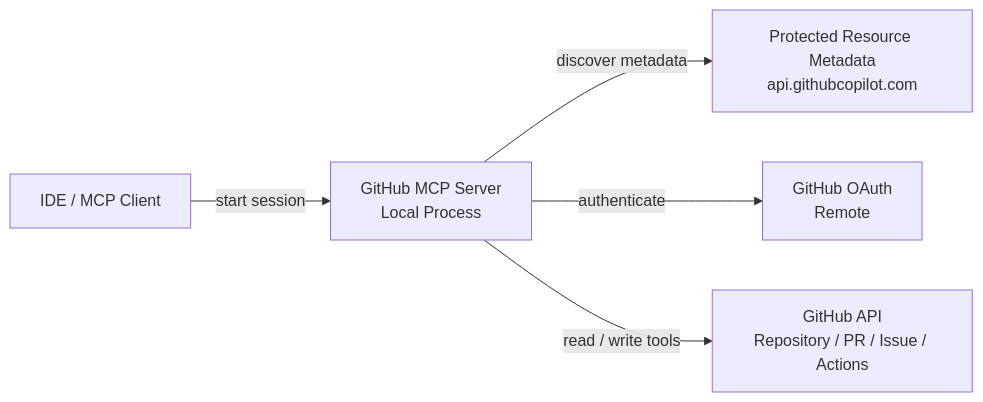
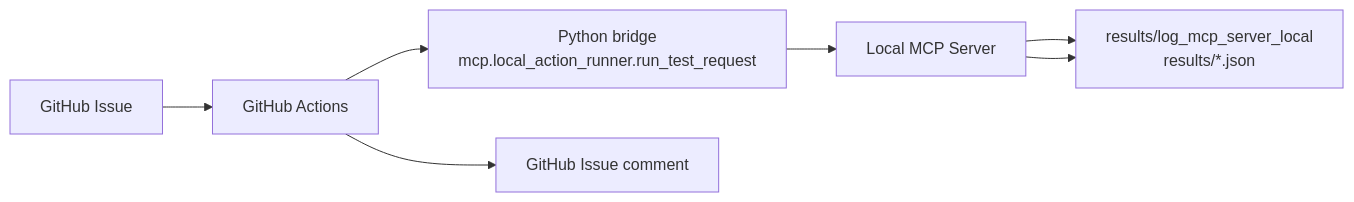
The diagram in docs/mcp/mcp_server_github.md (JeonghunLee/local-ai-agent-mcp), drawn with Mermaid before and after one commit. The commit also changed other lines of this file and 1 other file, not shown here.

````diff
--- a/docs/mcp/mcp_server_github.md
+++ b/docs/mcp/mcp_server_github.md
@@ -89,13 +47,9 @@
 ```mermaid
 flowchart LR
-    Client["IDE / MCP Client"]
-    Server["GitHub MCP Server\nLocal Process"]
-    OAuth["GitHub OAuth\nRemote"]
-    Meta["Protected Resource Metadata\napi.githubcopilot.com"]
-    API["GitHub API\nRepository / PR / Issue / Actions"]
-
-    Client -->|start session| Server
-    Server -->|discover metadata| Meta
-    Server -->|authenticate| OAuth
-    Server -->|read / write tools| API
+    A["GitHub Issue"] --> B["GitHub Actions"]
+    B --> C["Python bridge<br/>mcp.local_action_runner.run_test_request"]
+    C --> D["Local MCP Server"]
+    D --> E["results/log_mcp_server_local<br/>results/*.json"]
+    B --> F["GitHub Issue comment"]
+    D --> E
 ```
````
